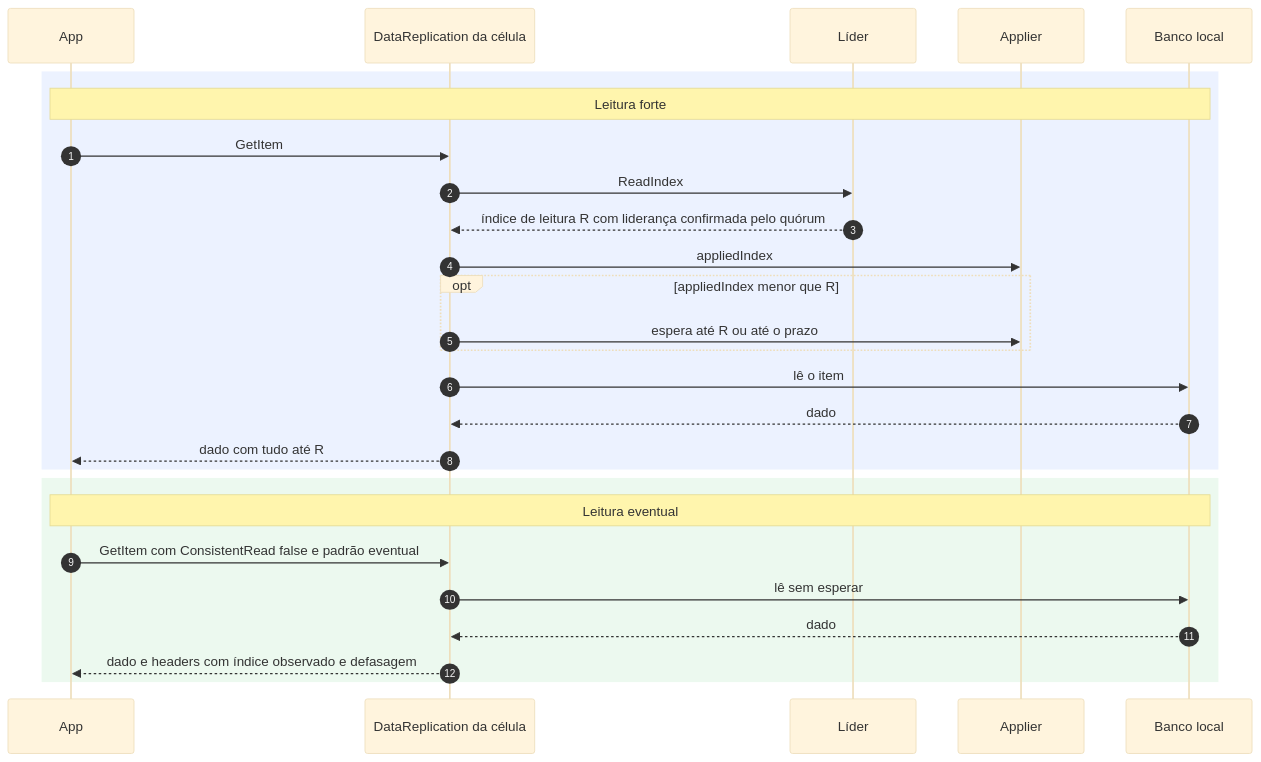
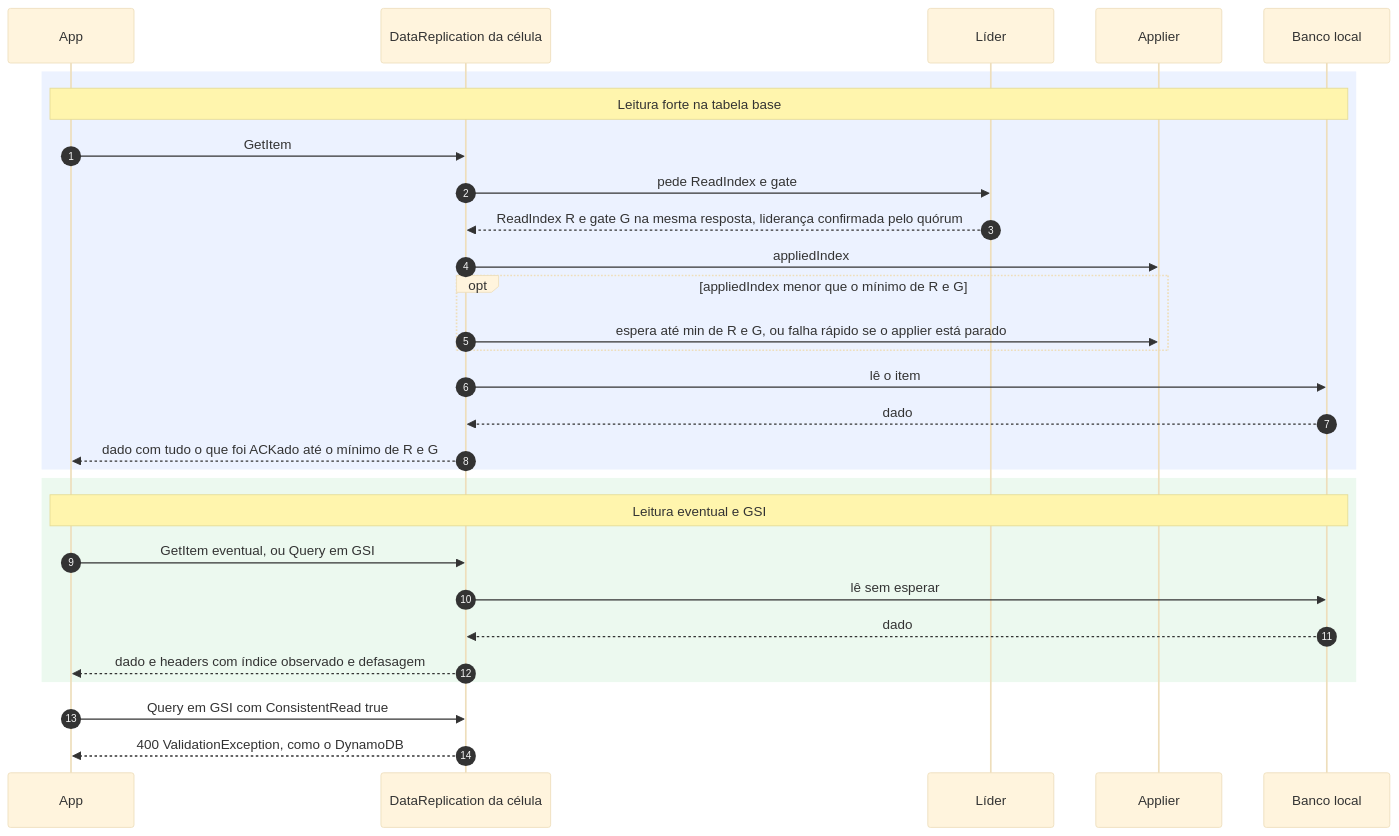
Before and after one commit to brbarmex/k: the diagram in 02_cenarios/atualizados/C05-leitura-strong-e-eventual.md, drawn with Mermaid (base theme). The commit also changed other lines of this file and 139 other files, not shown here.

````diff
--- a/02_cenarios/atualizados/C05-leitura-strong-e-eventual.md
+++ b/02_cenarios/atualizados/C05-leitura-strong-e-eventual.md
@@ -11,29 +11,31 @@
 ```mermaid
 sequenceDiagram
     autonumber
     participant App as App
     participant DR as DataReplication da célula
     participant L as Líder
     participant AP as Applier
     participant DB as Banco local
     rect rgba(100,150,255,0.12)
-    Note over App,DB: Leitura forte
+    Note over App,DB: Leitura forte na tabela base
     App->>DR: GetItem
-    DR->>L: ReadIndex
-    L-->>DR: índice de leitura R com liderança confirmada pelo quórum
+    DR->>L: pede ReadIndex e gate
+    L-->>DR: ReadIndex R e gate G na mesma resposta, liderança confirmada pelo quórum
     DR->>AP: appliedIndex
-    opt appliedIndex menor que R
-        DR->>AP: espera até R ou até o prazo
+    opt appliedIndex menor que o mínimo de R e G
+        DR->>AP: espera até min de R e G, ou falha rápido se o applier está parado
     end
     DR->>DB: lê o item
     DB-->>DR: dado
-    DR-->>App: dado com tudo até R
+    DR-->>App: dado com tudo o que foi ACKado até o mínimo de R e G
     end
     rect rgba(100,200,120,0.12)
-    Note over App,DB: Leitura eventual
-    App->>DR: GetItem com ConsistentRead false e padrão eventual
+    Note over App,DB: Leitura eventual e GSI
+    App->>DR: GetItem eventual, ou Query em GSI
     DR->>DB: lê sem esperar
     DB-->>DR: dado
     DR-->>App: dado e headers com índice observado e defasagem
     end
+    App->>DR: Query em GSI com ConsistentRead true
+    DR-->>App: 400 ValidationException, como o DynamoDB
 ```
````
